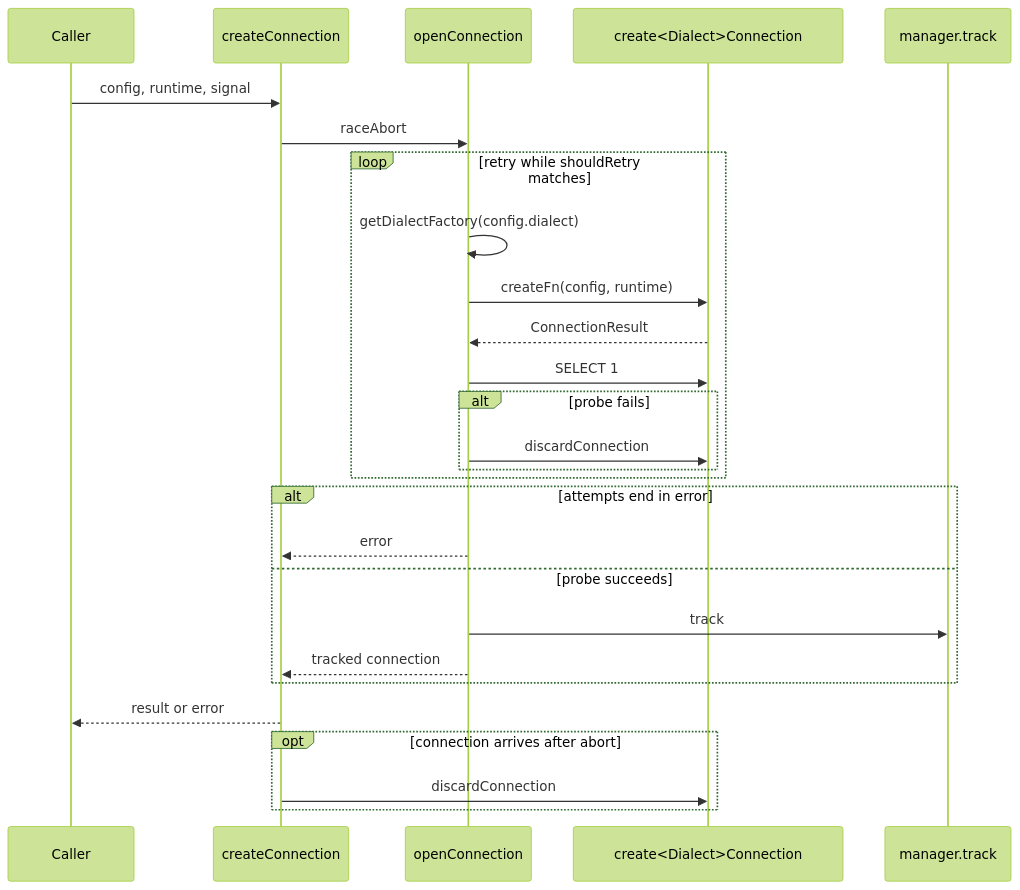
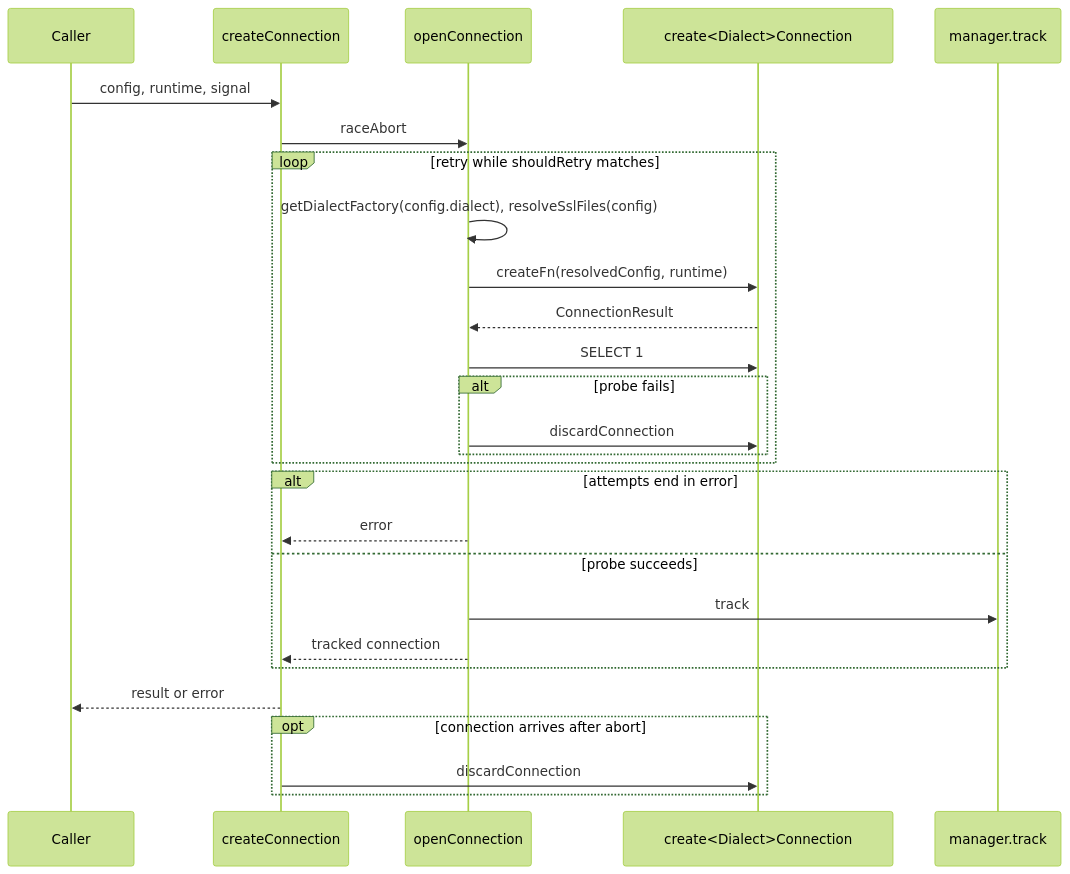
One commit to noormdev/noorm changed the first of 7 diagrams in docs/wiki/core-db.md. Above: the diagram before and after it, drawn with Mermaid (forest theme). The commit also changed other lines of this file and 107 other files, not shown here.

````diff
--- a/docs/wiki/core-db.md
+++ b/docs/wiki/core-db.md
@@ -33,31 +33,31 @@
 ```mermaid
 sequenceDiagram
-    %% source: src/core/connection/factory.ts, src/core/connection/dialects/*.ts, src/core/connection/manager.ts
+    %% source: src/core/connection/factory.ts, src/core/connection/ssl-files.ts, src/core/connection/dialects/*.ts, src/core/connection/manager.ts
     participant Caller
     participant Factory as createConnection
     participant Open as openConnection
     participant Dialect as create#lt;Dialect#gt;Connection
     participant Manager as manager.track
 
     Caller->>Factory: config, runtime, signal
     Factory->>Open: raceAbort
     loop retry while shouldRetry matches
-        Open->>Open: getDialectFactory(config.dialect)
-        Open->>Dialect: createFn(config, runtime)
+        Open->>Open: getDialectFactory(config.dialect), resolveSslFiles(config)
+        Open->>Dialect: createFn(resolvedConfig, runtime)
         Dialect-->>Open: ConnectionResult
         Open->>Dialect: SELECT 1
         alt probe fails
             Open->>Dialect: discardConnection
         end
     end
     alt attempts end in error
         Open-->>Factory: error
     else probe succeeds
         Open->>Manager: track
         Open-->>Factory: tracked connection
     end
     Factory-->>Caller: result or error
     opt connection arrives after abort
         Factory->>Dialect: discardConnection
     end
 ```
````
